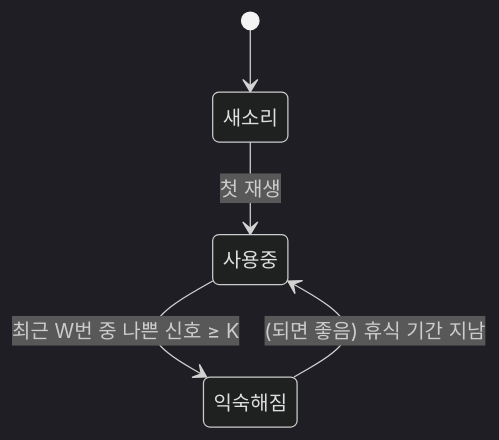
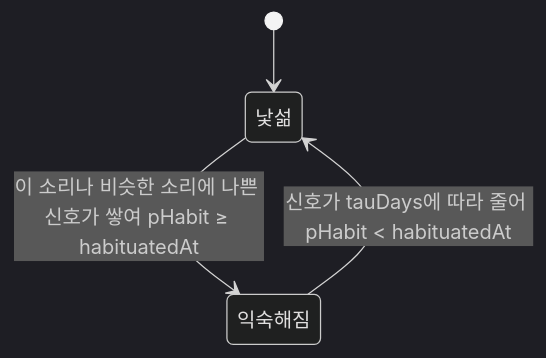
Before and after one commit to lyw012012-cpu/appa-anjanda: the fourth of 4 diagrams in docs/design.md, drawn with Mermaid (dark theme). The commit also changed other lines of this file and 3 other files, not shown here.

````diff
--- a/docs/design.md
+++ b/docs/design.md
@@ -221,7 +257,6 @@
 ```mermaid
 stateDiagram-v2
-  [*] --> 새소리
-  새소리 --> 사용중: 첫 재생
-  사용중 --> 익숙해짐: 최근 W번 중 나쁜 신호 ≥ K
-  익숙해짐 --> 사용중: (되면 좋음) 휴식 기간 지남
+  [*] --> 낯섦
+  낯섦 --> 익숙해짐: 이 소리나 비슷한 소리에 나쁜 신호가 쌓여 pHabit ≥ habituatedAt
+  익숙해짐 --> 낯섦: 신호가 tauDays에 따라 줄어 pHabit < habituatedAt
 ```
````
